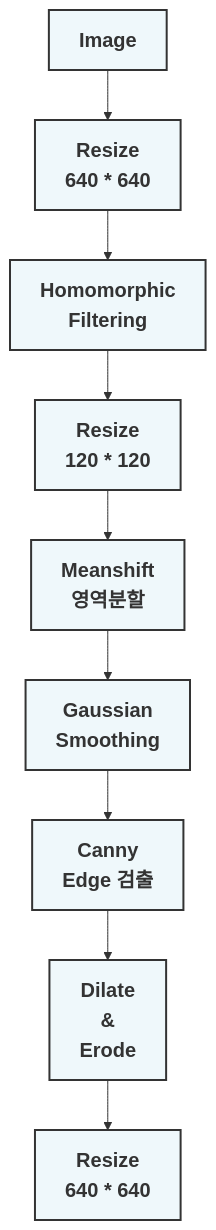
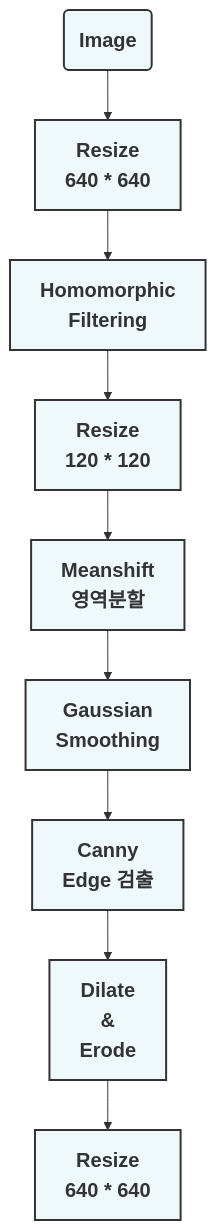
One commit to 201710808/-p changed the second of 2 diagrams in Readme.md. Above: the diagram before and after it, drawn with Mermaid.

````diff
--- a/Readme.md
+++ b/Readme.md
@@ -13,22 +13,22 @@
 ```mermaid
 graph
-A[<b><span style='font-size:20px'>Image</span></b>]-->B[<b><span style='font-size:20px'>Resize<br>640 * 640</span></b>]
+A(<b><span style='font-size:20px'>Image</span></b>)-->B[<b><span style='font-size:20px'>Resize<br>640 * 640</span></b>]
 B-->C[<b><span style='font-size:20px'>Homomorphic<br>Filtering</span></b>]
 C-->D[<b><span style='font-size:20px'>Resize<br>120 * 120</span></b>]
 D-->E[<b><span style='font-size:20px'>Meanshift<br>영역분할</span></b>]
 E-->F[<b><span style='font-size:20px'>Gaussian<br>Smoothing</span></b>]
 F-->G[<b><span style='font-size:20px'>Canny<br>Edge 검출</span></b>]
 G-->H[<b><span style='font-size:20px'>Dilate<br>&<br>Erode</span></b>]
 H-->I[<b><span style='font-size:20px'>Resize<br>640 * 640</span></b>]
 
 
 style A fill:#EFF8FB ,stroke:#333,stroke-width:2px
 style B fill:#EFF8FB ,stroke:#333,stroke-width:2px
 style C fill:#EFF8FB ,stroke:#333,stroke-width:2px
 style D fill:#EFF8FB ,stroke:#333,stroke-width:2px
 style E fill:#EFF8FB ,stroke:#333,stroke-width:2px
 style F fill:#EFF8FB ,stroke:#333,stroke-width:2px
 style G fill:#EFF8FB ,stroke:#333,stroke-width:2px
 style H fill:#EFF8FB ,stroke:#333,stroke-width:2px
 style I fill:#EFF8FB ,stroke:#333,stroke-width:2px
 ```
````
